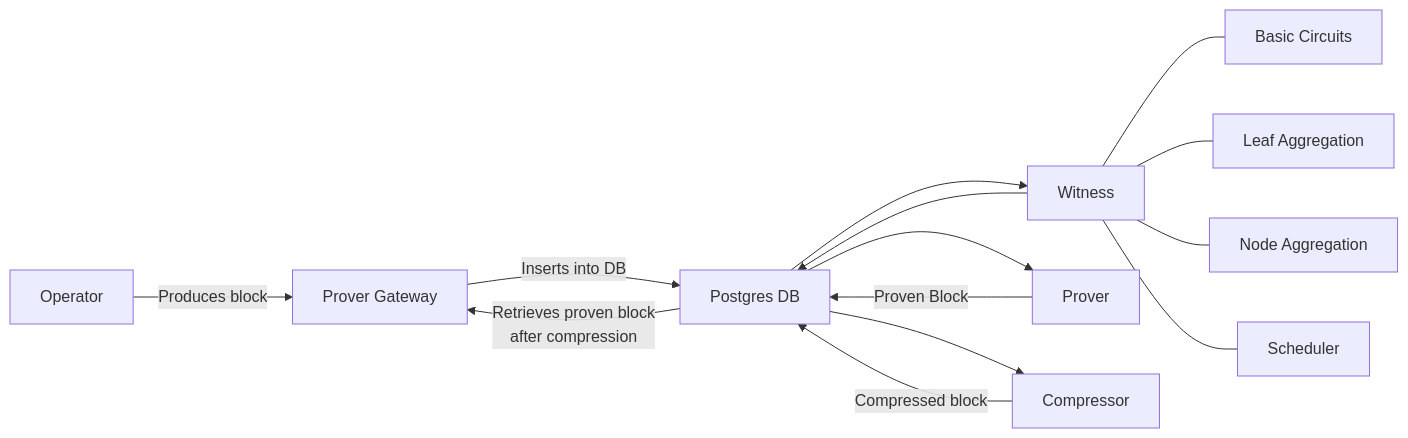
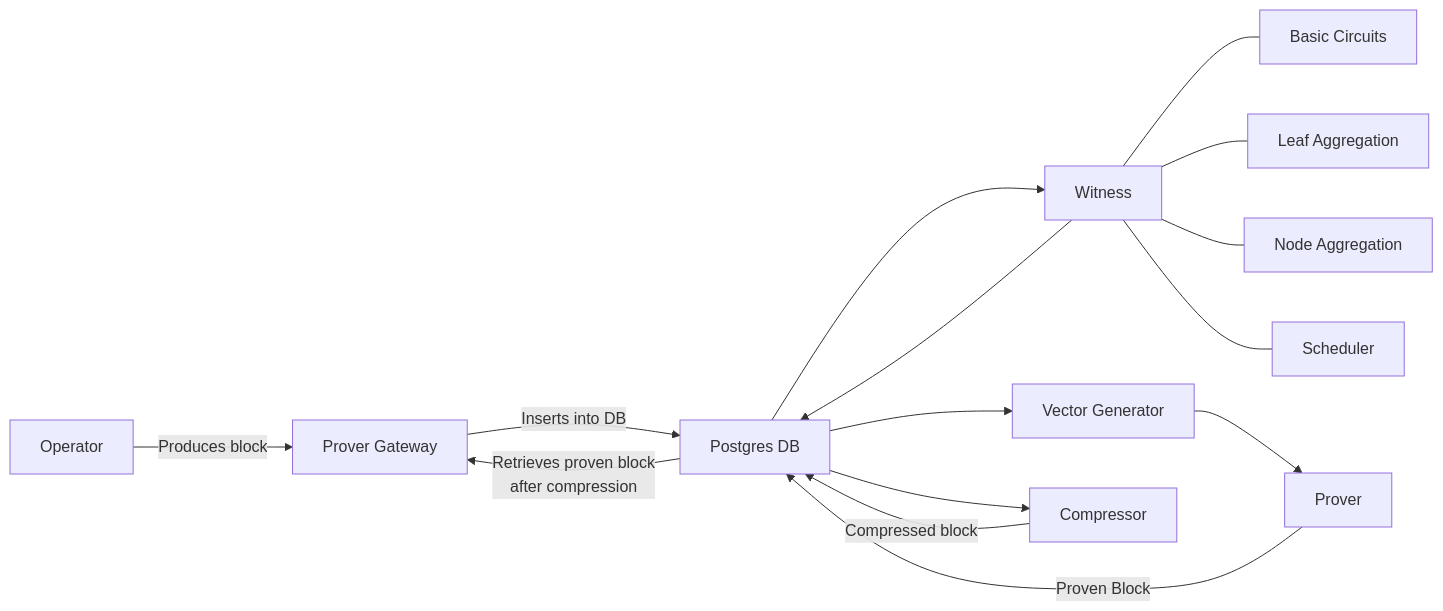
Before and after one commit to matter-labs/zksync-era: the diagram in prover/prover_fri/README.md, drawn with Mermaid. The commit also changed other lines of this file, not shown here.

Commit message:
doc(prover): Add quick-setup for GPU provers + doc tweaks

````diff
--- a/prover/prover_fri/README.md
+++ b/prover/prover_fri/README.md
@@ -27,16 +17,17 @@
 ```mermaid
 flowchart LR
     A["Operator"] --> |Produces block| F[Prover Gateway]
     F --> |Inserts into DB| B["Postgres DB"]
     B --> |Retrieves proven block \nafter compression| F
     B --> C["Witness"]
     C --- C1["Basic Circuits"]
     C --- C2["Leaf Aggregation"]
     C --- C3["Node Aggregation"]
     C --- C4["Scheduler"]
     C --> B
-    B --> D["Prover"]
+    B --> G["Vector Generator"]
+    G --> D["Prover"]
     D --> |Proven Block| B
     B --> E["Compressor"]
     E --> |Compressed block| B
 ```
````
